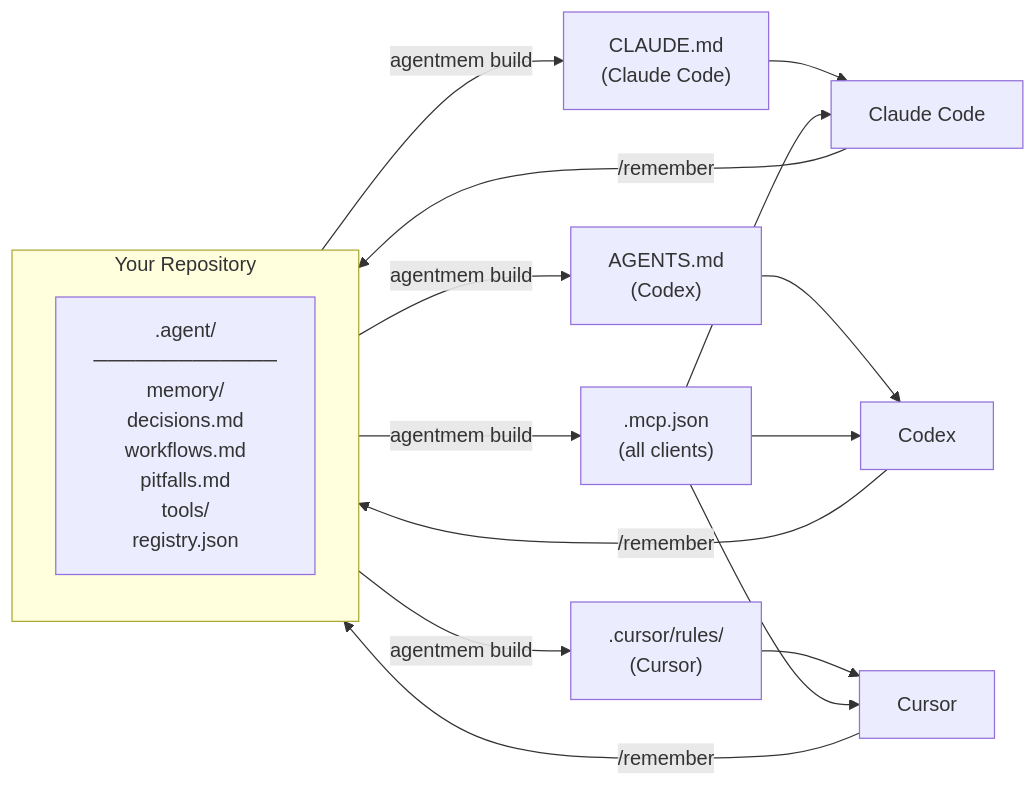
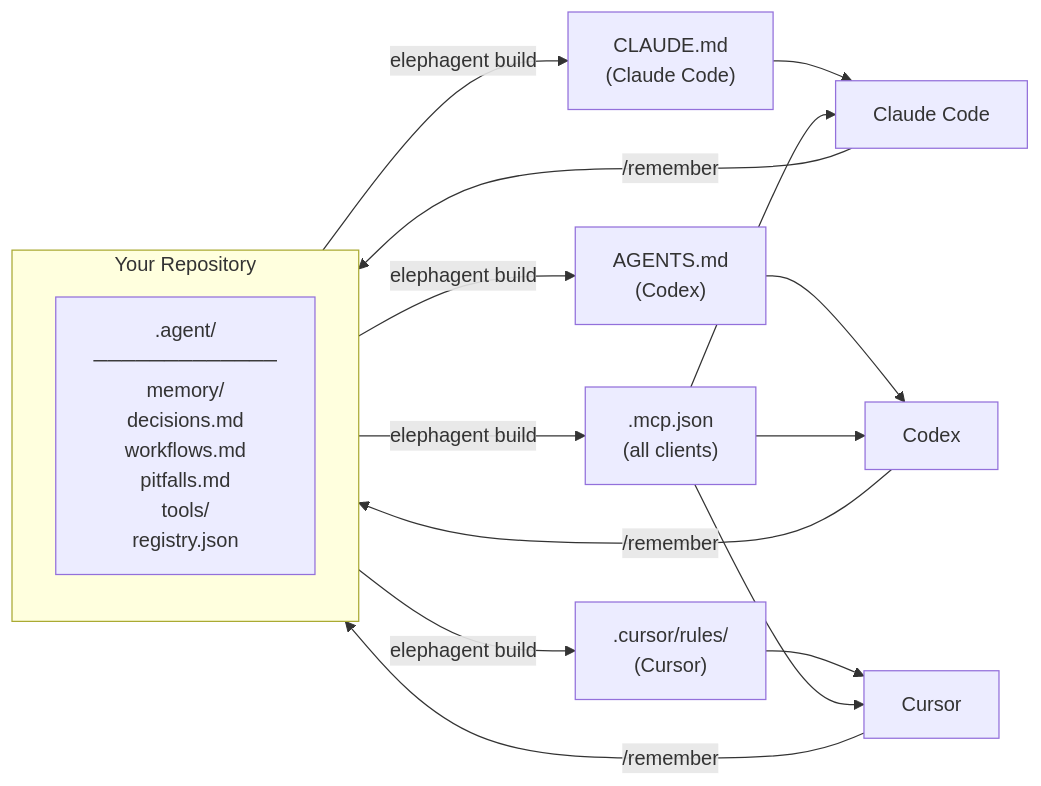
One commit to zhicongsun/elephagent changed the diagram in README.md. Above: the diagram before and after it, drawn with Mermaid. The commit also changed other lines of this file and 26 other files, not shown here.

First line of the commit message:
rename: agentmem → elephagent across entire repo

````diff
--- a/README.md
+++ b/README.md
@@ -22,23 +22,23 @@
 ```mermaid
 flowchart LR
     subgraph repo["Your Repository"]
         direction TB
         src[".agent/\n─────────────\nmemory/\n  decisions.md\n  workflows.md\n  pitfalls.md\ntools/\n  registry.json"]
     end
 
-    src -->|"agentmem build"| CLAUDE["CLAUDE.md\n(Claude Code)"]
-    src -->|"agentmem build"| AGENTS["AGENTS.md\n(Codex)"]
-    src -->|"agentmem build"| CURSOR[".cursor/rules/\n(Cursor)"]
-    src -->|"agentmem build"| MCP[".mcp.json\n(all clients)"]
+    src -->|"elephagent build"| CLAUDE["CLAUDE.md\n(Claude Code)"]
+    src -->|"elephagent build"| AGENTS["AGENTS.md\n(Codex)"]
+    src -->|"elephagent build"| CURSOR[".cursor/rules/\n(Cursor)"]
+    src -->|"elephagent build"| MCP[".mcp.json\n(all clients)"]
 
     CLAUDE --> cc["Claude Code"]
     AGENTS --> codex["Codex"]
     CURSOR --> cursor["Cursor"]
     MCP --> cc
     MCP --> codex
     MCP --> cursor
 
     cc -->|"/remember"| src
     cursor -->|"/remember"| src
     codex -->|"/remember"| src
 ```
````
